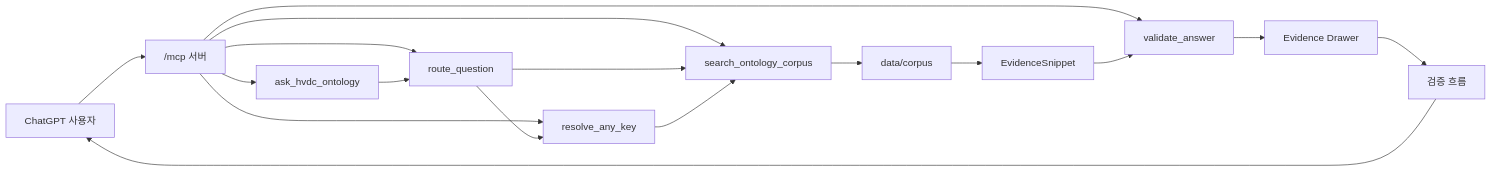
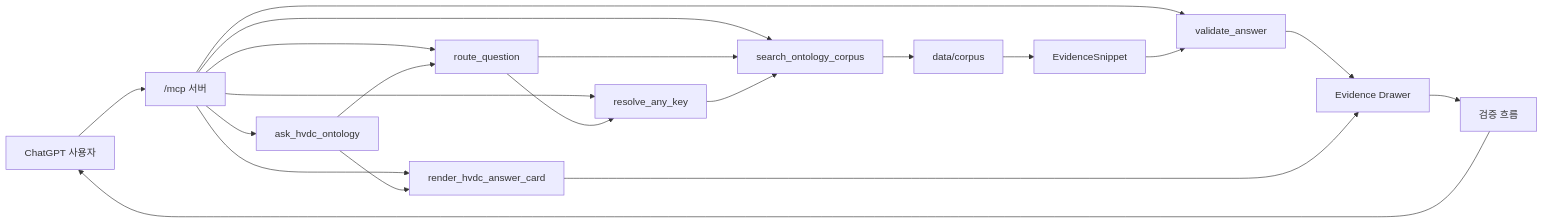
The diagram in README.md (macho715/SCT_ONTOLOGY), drawn with Mermaid before and after one commit. The commit also changed other lines of this file and 10 other files, not shown here.

Commit message:
Split HVDC answer rendering into render tool

````diff
--- a/README.md
+++ b/README.md
@@ -46,19 +47,22 @@
 ```mermaid
 flowchart LR
   User["ChatGPT 사용자"] --> Mcp["/mcp 서버"]
   Mcp --> Ask["ask_hvdc_ontology"]
+  Mcp --> Render["render_hvdc_answer_card"]
   Mcp --> Route["route_question"]
   Mcp --> Search["search_ontology_corpus"]
   Mcp --> Resolve["resolve_any_key"]
   Mcp --> Validate["validate_answer"]
   Ask --> Route
   Route --> Search
   Route --> Resolve
   Resolve --> Search
   Search --> Corpus["data/corpus"]
   Corpus --> Evidence["EvidenceSnippet"]
   Evidence --> Validate
   Validate --> Drawer["Evidence Drawer"]
+  Ask --> Render
+  Render --> Drawer
   Drawer --> Review["검증 흐름"]
   Review --> User
 ```
````
